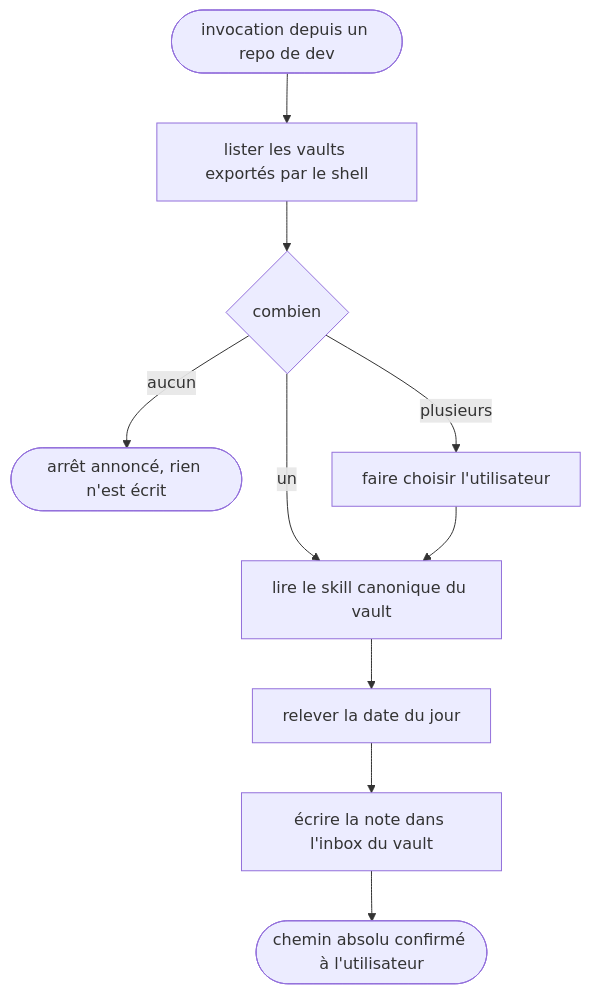
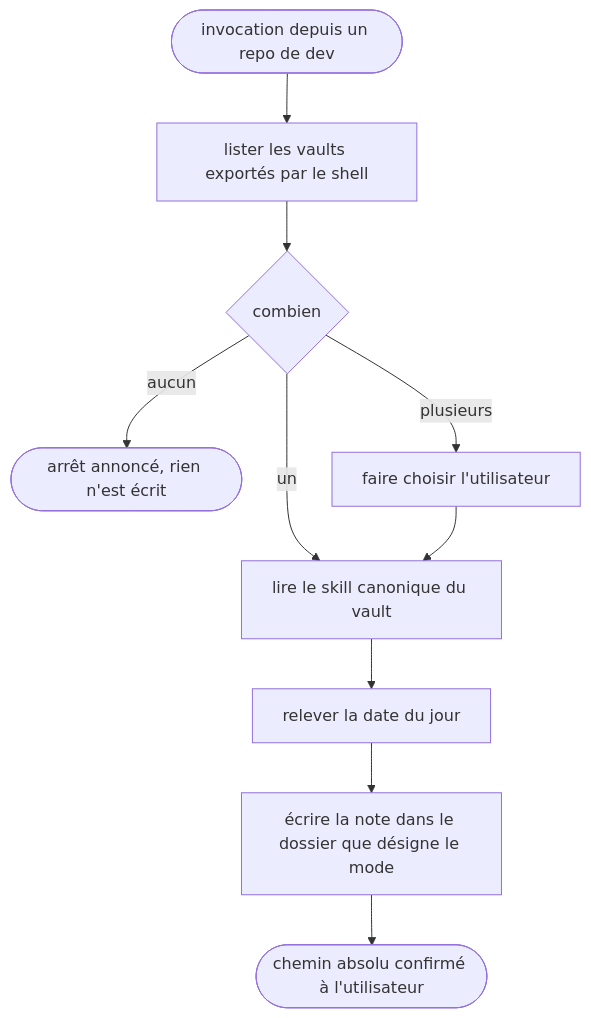
The diagram in skills/vault-capture/SKILL.md (kevpdev/agent-config), drawn with Mermaid before and after one commit. The commit also changed other lines of this file and 2 other files, not shown here.

First line of the commit message:
feat(rules): route captured ideas to the vault's single source of ideas (#129)

````diff
--- a/skills/vault-capture/SKILL.md
+++ b/skills/vault-capture/SKILL.md
@@ -16,12 +18,12 @@
 ```mermaid
 flowchart TD
   entree([invocation depuis un repo de dev]) --> liste[lister les vaults exportés par le shell]
   liste --> n{combien}
   n -->|aucun| arret([arrêt annoncé, rien n'est écrit])
   n -->|un| canonique[lire le skill canonique du vault]
   n -->|plusieurs| choix[faire choisir l'utilisateur]
   choix --> canonique
   canonique --> date[relever la date du jour]
-  date --> ecriture[écrire la note dans l'inbox du vault]
+  date --> ecriture[écrire la note dans le dossier que désigne le mode]
   ecriture --> confirme([chemin absolu confirmé à l'utilisateur])
 ```
````
